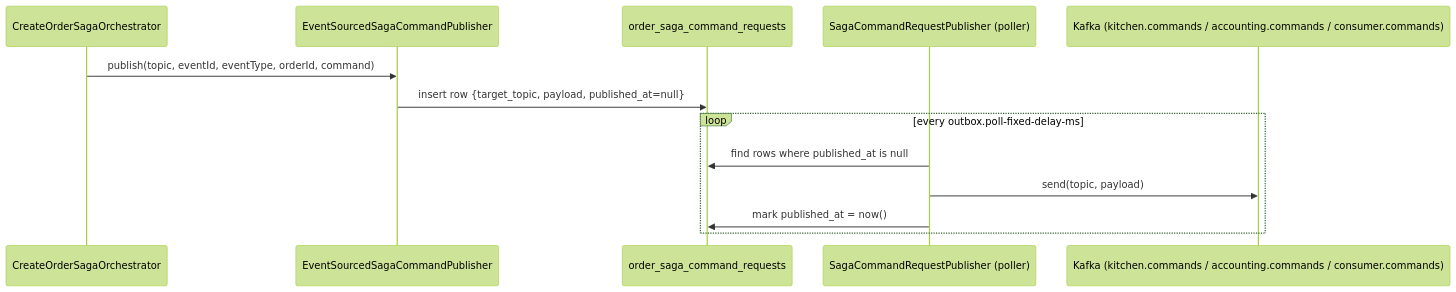
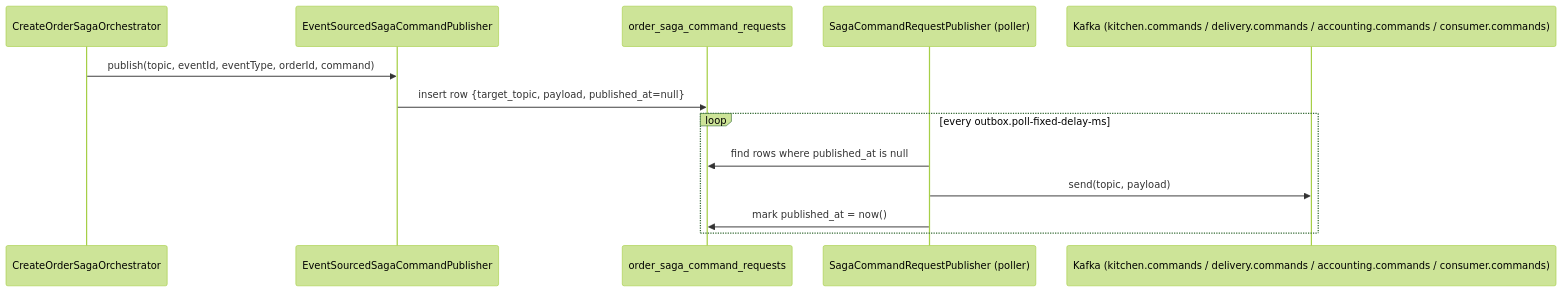
Diagram 22 of 22 in docs/ARCHITECTURE.md (sanjaykpradhan10/my-food-to-go-app), drawn with Mermaid (forest theme) before and after one commit. The commit also changed other lines of this file and 5 other files, not shown here.

````diff
--- a/docs/ARCHITECTURE.md
+++ b/docs/ARCHITECTURE.md
@@ -532,16 +631,16 @@
 ```mermaid
 sequenceDiagram
     participant Orch as CreateOrderSagaOrchestrator
     participant Pub as EventSourcedSagaCommandPublisher
     participant DB as order_saga_command_requests
     participant Poll as SagaCommandRequestPublisher (poller)
-    participant K as Kafka (kitchen.commands / accounting.commands / consumer.commands)
+    participant K as Kafka (kitchen.commands / delivery.commands / accounting.commands / consumer.commands)
 
     Orch->>Pub: publish(topic, eventId, eventType, orderId, command)
     Pub->>DB: insert row {target_topic, payload, published_at=null}
     loop every outbox.poll-fixed-delay-ms
         Poll->>DB: find rows where published_at is null
         Poll->>K: send(topic, payload)
         Poll->>DB: mark published_at = now()
     end
 ```
````
